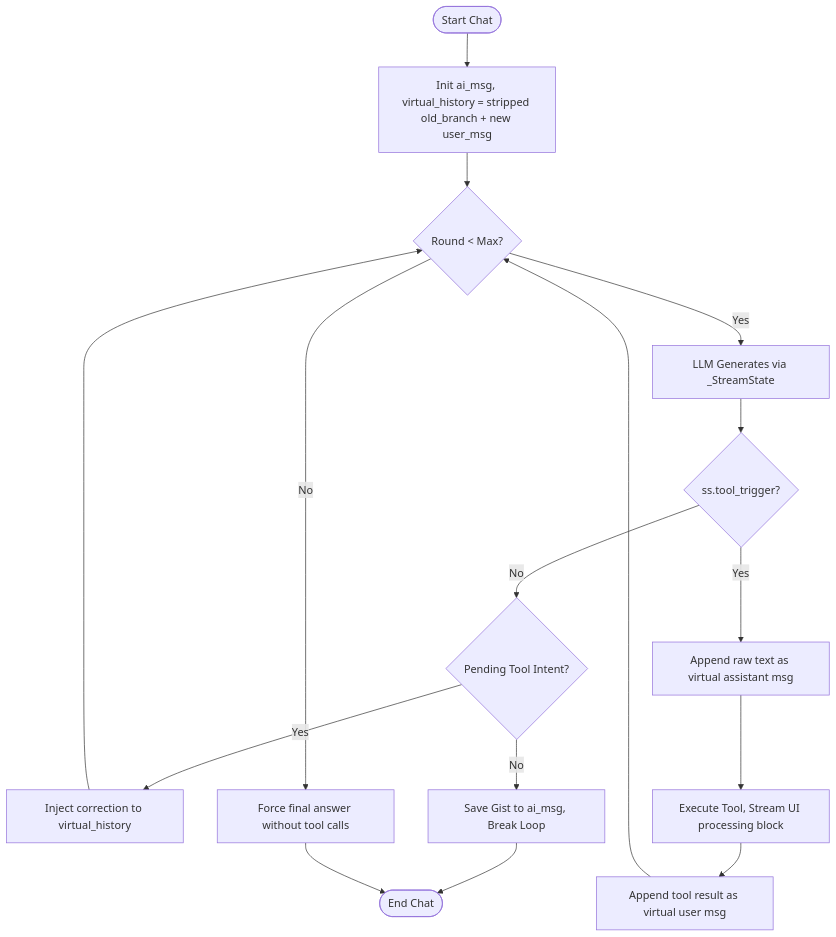
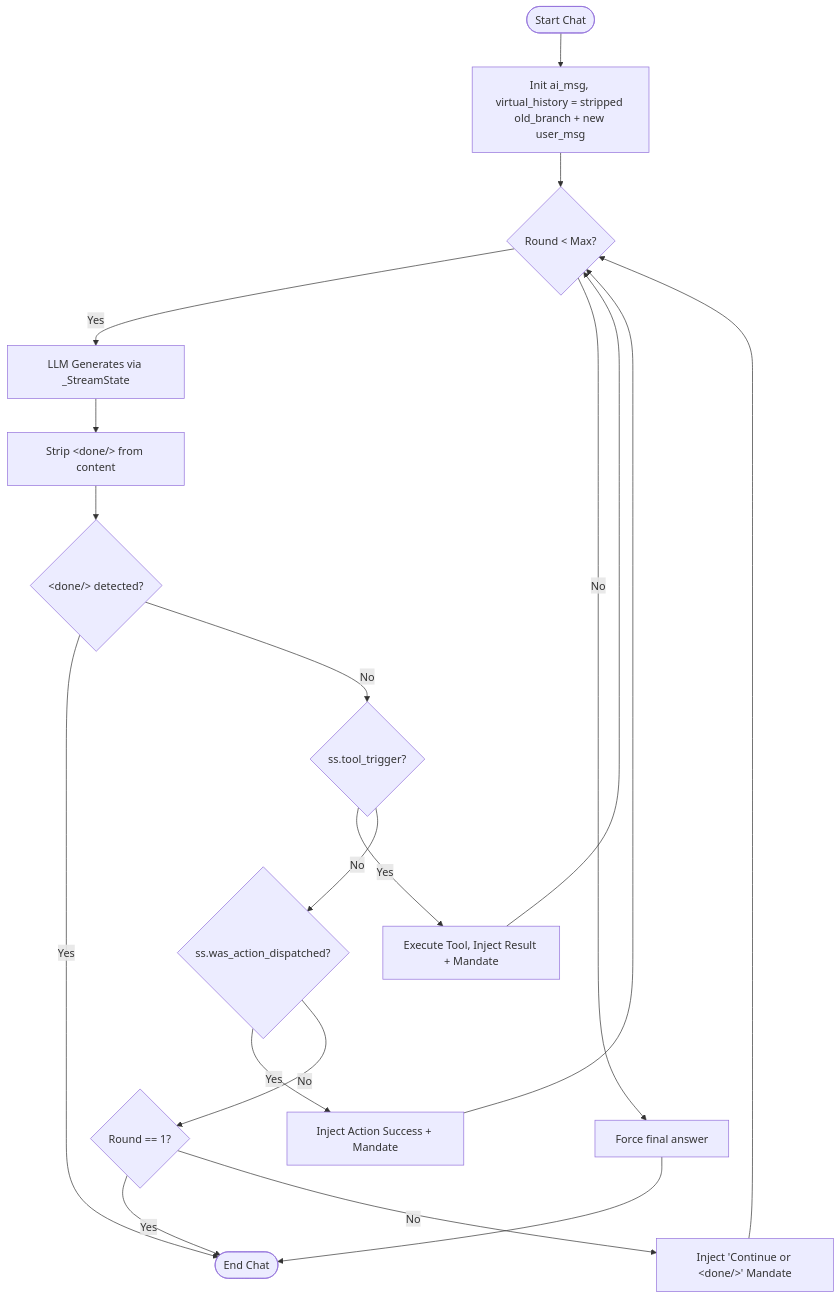
One commit to ParisNeo/lollms_client changed the first of 3 diagrams in src/lollms_client/lollms_discussion/README.md. Above: the diagram before and after it, drawn with Mermaid. The commit also changed other lines of this file, not shown here.

Commit message:
Enhance README with termination protocol details
Updated the README to clarify the termination protocol and reasoning loop for the LLM, including details on the <done/> tag and its handling.

````diff
--- a/src/lollms_client/lollms_discussion/README.md
+++ b/src/lollms_client/lollms_discussion/README.md
@@ -62,28 +62,29 @@
 ```mermaid
 flowchart TD
     Start([Start Chat]) --> Init[Init ai_msg, virtual_history = stripped old_branch + new user_msg]
     Init --> Loop{Round < Max?}
     
     Loop -- Yes --> Gen[LLM Generates via _StreamState]
-    Gen --> HasTool{ss.tool_trigger?}
+    Gen --> StripDone[Strip &lt;done/&gt; from content]
+    StripDone --> DoneDetected{&lt;done/&gt; detected?}
     
-    HasTool -- No --> CheckIntent{Pending Tool Intent?}
+    DoneDetected -- Yes --> End([End Chat])
     
-    %% Intent Check Branch
-    CheckIntent -- Yes --> InjectCorrection[Inject correction to virtual_history]
-    InjectCorrection --> Loop
+    DoneDetected -- No --> HasTool{ss.tool_trigger?}
     
-    %% Finalization Branch
-    CheckIntent -- No --> Finalize[Save Gist to ai_msg, Break Loop]
-    Finalize --> End([End Chat])
+    HasTool -- Yes --> ExecTool[Execute Tool, Inject Result + Mandate]
+    ExecTool --> Loop
     
-    %% Tool Execution Branch
-    HasTool -- Yes --> AppendVA[Append raw text as virtual assistant msg]
-    AppendVA --> Exec[Execute Tool, Stream UI processing block]
-    Exec --> AppendVU[Append tool result as virtual user msg]
-    AppendVU --> Loop
+    HasTool -- No --> HasAction{ss.was_action_dispatched?}
     
-    %% Max Rounds Branch
-    Loop -- No --> ForceFinal[Force final answer without tool calls]
+    HasAction -- Yes --> InjectAction[Inject Action Success + Mandate]
+    InjectAction --> Loop
+    
+    HasAction -- No --> IsRound1{Round == 1?}
+    IsRound1 -- Yes --> End
+    IsRound1 -- No --> InjectRemind[Inject 'Continue or &lt;done/&gt;' Mandate]
+    InjectRemind --> Loop
+    
+    Loop -- No --> ForceFinal[Force final answer]
     ForceFinal --> End
 ```
````
